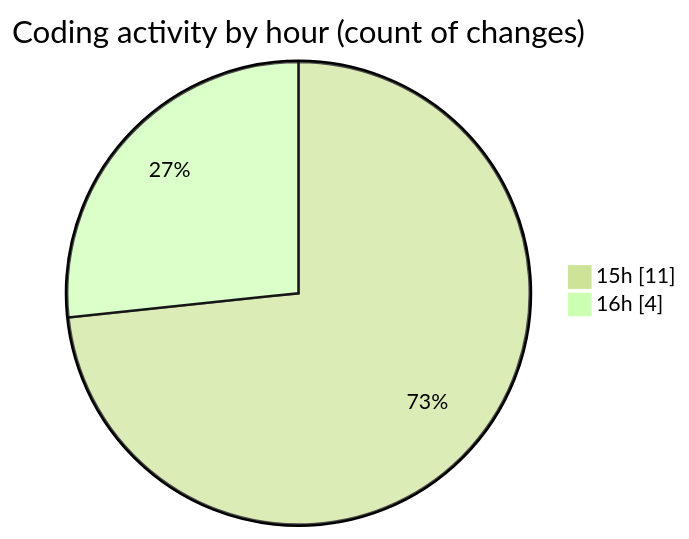
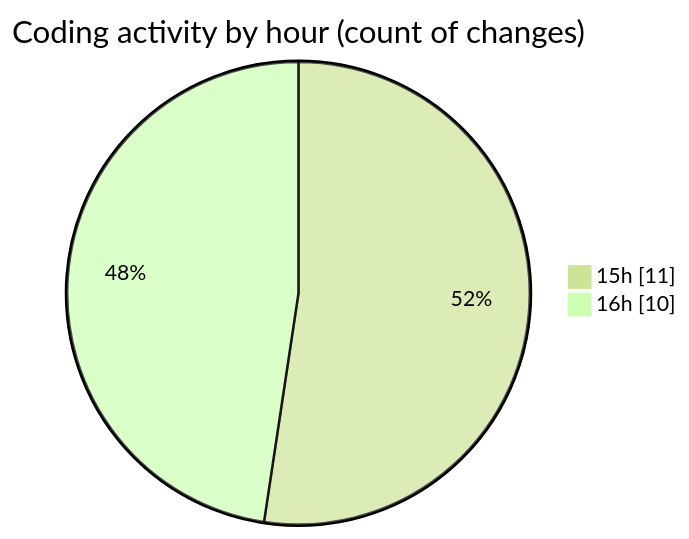
One commit to robertbonfada/code-tracking changed the second of 2 diagrams in 2025-03-08/mbc-web/README.md. Above: the diagram before and after it, drawn with Mermaid (forest theme). The commit also changed other lines of this file and 1 other file, not shown here.

````diff
--- a/2025-03-08/mbc-web/README.md
+++ b/2025-03-08/mbc-web/README.md
@@ -34,6 +34,6 @@
 ```mermaid
 pie showData
 title Coding activity by hour (count of changes)
 "15h" : 11
-"16h" : 4
+"16h" : 10
 ```
````
